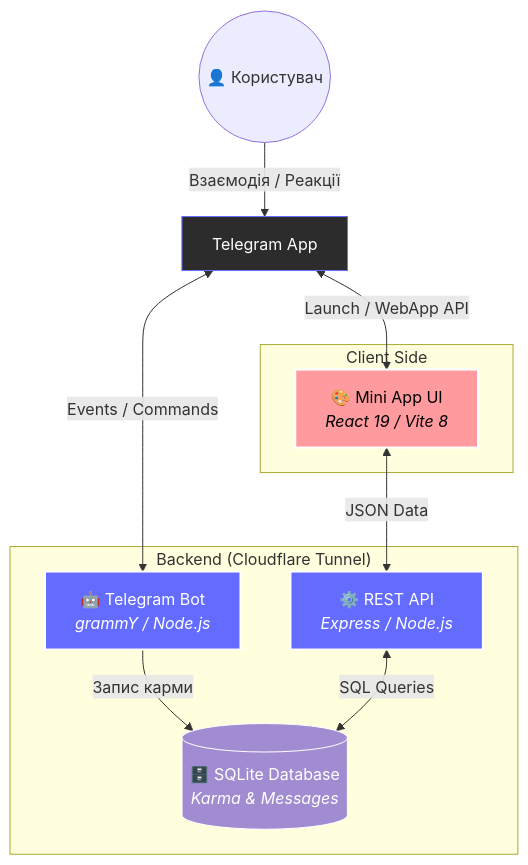
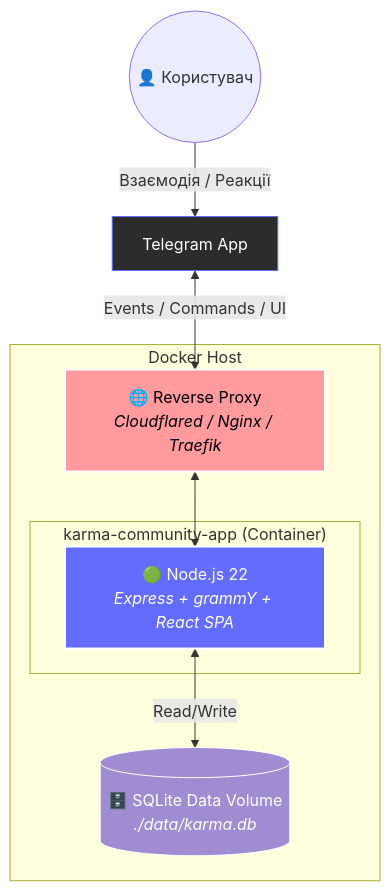
One commit to weby-homelab/karma-community-app changed the diagram in README.md. Above: the diagram before and after it, drawn with Mermaid. The commit also changed other lines of this file and 2 other files, not shown here.

Commit message:
docs: update README for Docker Edition and bump version to 0.7.0

````diff
--- a/README.md
+++ b/README.md
@@ -13,40 +13,33 @@
 ```mermaid
 graph TD
     %% Nodes definition
     User((👤 Користувач))
     TG[Telegram App]
-    Bot[🤖 Telegram Bot<br/><i>grammY / Node.js</i>]
-    API[⚙️ REST API<br/><i>Express / Node.js</i>]
-    DB[(🗄️ SQLite Database<br/><i>Karma & Messages</i>)]
-    WebApp[🎨 Mini App UI<br/><i>React 19 / Vite 8</i>]
+    
+    subgraph "Docker Host"
+      Proxy[🌐 Reverse Proxy<br/><i>Cloudflared / Nginx / Traefik</i>]
+      
+      subgraph "karma-community-app (Container)"
+        Node[🟢 Node.js 22<br/><i>Express + grammY + React SPA</i>]
+      end
+      
+      DB[(🗄️ SQLite Data Volume<br/><i>./data/karma.db</i>)]
+    end
+
+    %% Connections
+    User -->|Взаємодія / Реакції| TG
+    TG <-->|Events / Commands / UI| Proxy
+    Proxy <--> Node
+    Node <-->|Read/Write| DB
 
     %% Styles
     classDef primary fill:#646cff,stroke:#fff,stroke-width:2px,color:#fff
     classDef secondary fill:#2c2c2c,stroke:#646cff,stroke-width:1px,color:#fff
     classDef highlight fill:#ff9a9e,stroke:#fff,stroke-width:2px,color:#000
     classDef storage fill:#a18cd1,stroke:#fff,stroke-width:1px,color:#fff
 
-    class Bot,API primary
-    class WebApp highlight
+    class Node primary
+    class Proxy highlight
     class DB storage
     class TG secondary
-
-    %% Connections
-    User -->|Взаємодія / Реакції| TG
-    TG <-->|Events / Commands| Bot
-    TG <-->|Launch / WebApp API| WebApp
-    Bot -->|Запис карми| DB
-    WebApp <-->|JSON Data| API
-    API <-->|SQL Queries| DB
-
-    %% Annotations
-    subgraph "Backend (Cloudflare Tunnel)"
-    Bot
-    API
-    DB
-    end
-
-    subgraph "Client Side"
-    WebApp
-    end
 ```
````
